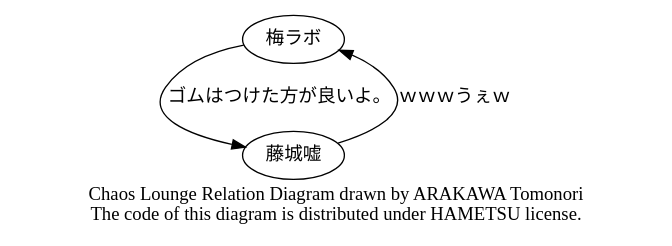
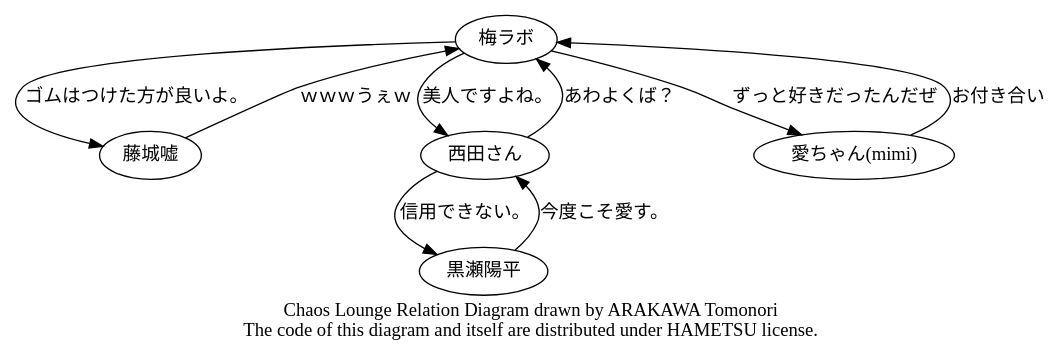
One commit to takano32/DynamicRelationGraph changed the diagram in chaos.dot. Above: the diagram before and after it, drawn with Graphviz.

Commit message:
add some relations

```diff
--- a/chaos.dot
+++ b/chaos.dot
@@ -1,6 +1,12 @@
 digraph Chaos {
 	node [fontname="MSUIGOTHIC.ttf"];
-	梅ラボ -> 藤城嘘[label = "ゴムはつけた方が良いよ。"];
-	藤城嘘 -> 梅ラボ[label = "ｗｗｗうぇｗ"];
-	label = "Chaos Lounge Relation Diagram drawn by ARAKAWA Tomonori\nThe code of this diagram is distributed under HAMETSU license.";
+	梅ラボ   -> 藤城嘘   [label = "ゴムはつけた方が良いよ。"];
+	藤城嘘   -> 梅ラボ   [label = "ｗｗｗうぇｗ"];
+	西田さん -> 梅ラボ   [label = "あわよくば？"];
+	梅ラボ   -> 西田さん [label = "美人ですよね。"];
+	黒瀬陽平 -> 西田さん [label = "今度こそ愛す。"];
+	西田さん -> 黒瀬陽平 [label = "信用できない。"];
+	"愛ちゃん(mimi)" -> 梅ラボ [label = "お付き合い"];
+	梅ラボ -> "愛ちゃん(mimi)" [label = "ずっと好きだったんだぜ"];
+	label = "Chaos Lounge Relation Diagram drawn by ARAKAWA Tomonori\nThe code of this diagram and itself are distributed under HAMETSU license.";
 }
```
